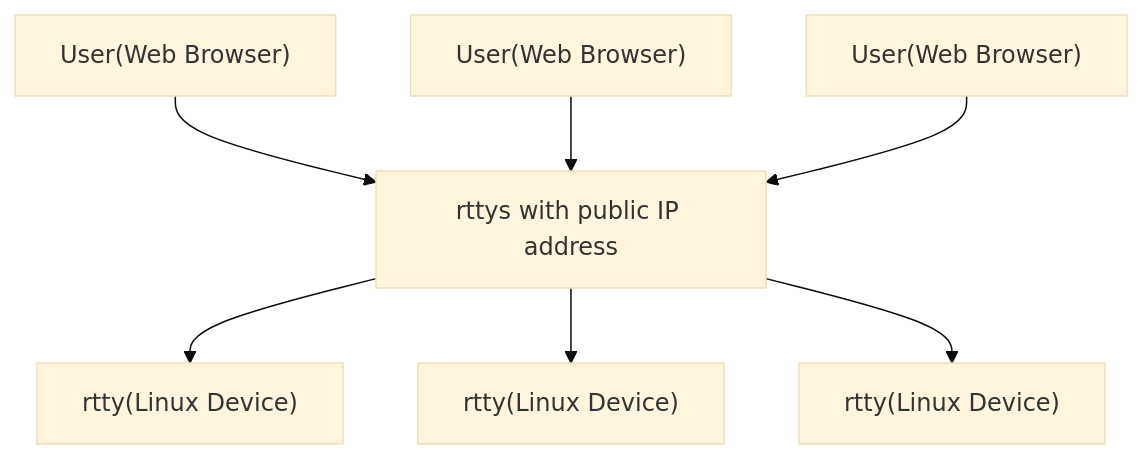
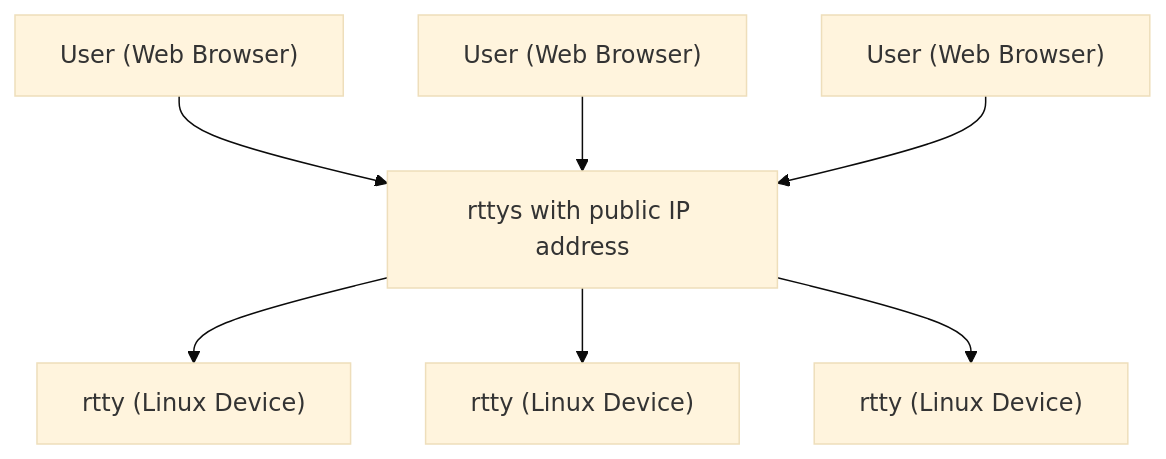
Before and after one commit to zhaojh329/rtty: the diagram in README.md, drawn with Mermaid (base theme). The commit also changed other lines of this file and 1 other file, not shown here.

````diff
--- a/README.md
+++ b/README.md
@@ -36,10 +40,10 @@
 ```mermaid
 flowchart TB
 s[rttys with public IP address]
-u1["User(Web Browser)"] --> s
-u2["User(Web Browser)"] --> s
-u3["User(Web Browser)"] --> s
-s --> c1["rtty(Linux Device)"]
-s --> c2["rtty(Linux Device)"]
-s --> c3["rtty(Linux Device)"]
+u1["User (Web Browser)"] --> s
+u2["User (Web Browser)"] --> s
+u3["User (Web Browser)"] --> s
+s --> c1["rtty (Linux Device)"]
+s --> c2["rtty (Linux Device)"]
+s --> c3["rtty (Linux Device)"]
 ```
````
